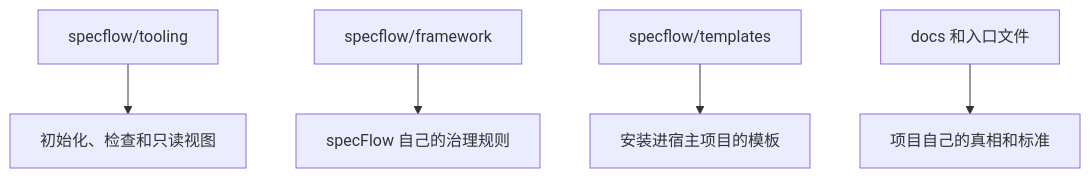
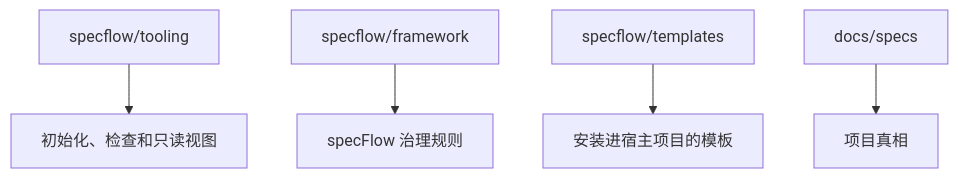
Before and after one commit to mfblog/specflow: the diagram in README.zh-CN.md, drawn with Mermaid. The commit also changed other lines of this file and 141 other files, not shown here.

````diff
--- a/README.zh-CN.md
+++ b/README.zh-CN.md
@@ -343,7 +228,7 @@
 ```mermaid
 flowchart TD
     A["specflow/tooling"] --> B["初始化、检查和只读视图"]
-    C["specflow/framework"] --> D["specFlow 自己的治理规则"]
+    C["specflow/framework"] --> D["specFlow 治理规则"]
     E["specflow/templates"] --> F["安装进宿主项目的模板"]
-    G["docs 和入口文件"] --> H["项目自己的真相和标准"]
+    G["docs/specs"] --> H["项目真相"]
 ```
````
